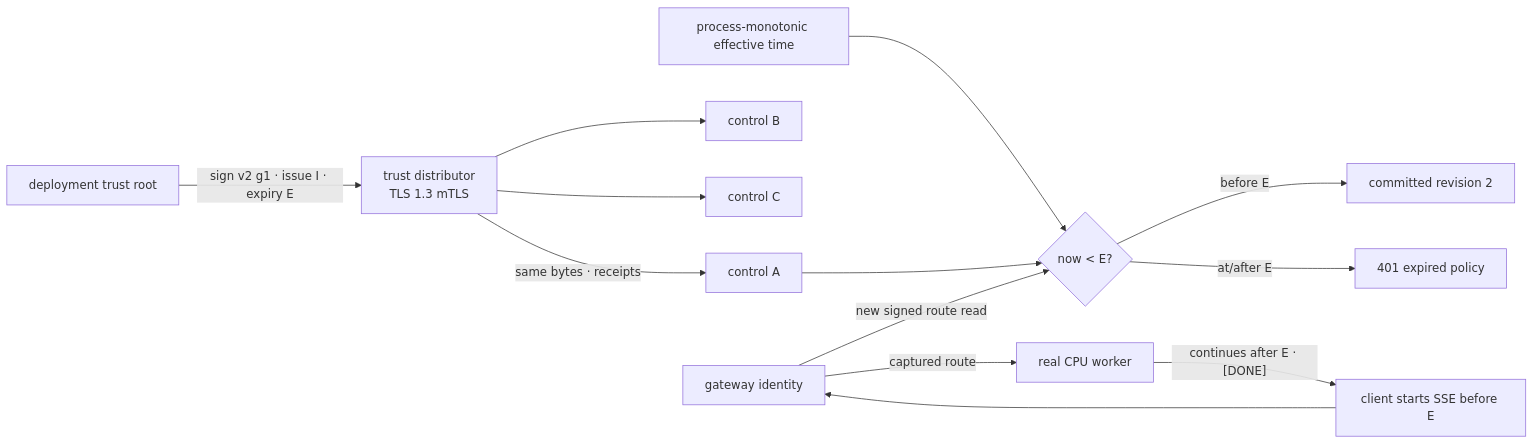
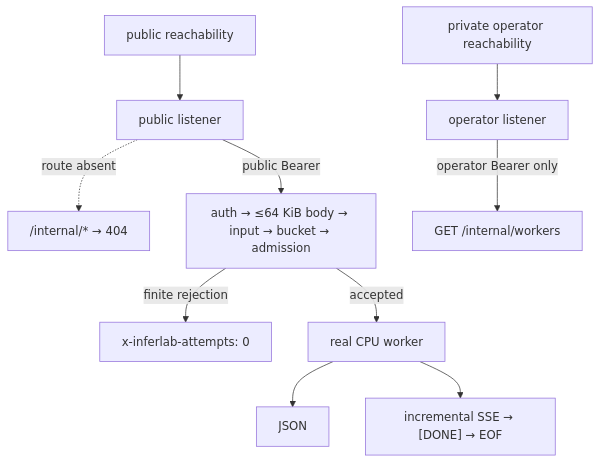
The diagram in README.md (conan505/inferLab), drawn with Mermaid before and after one commit. The commit also changed other lines of this file and 55 other files, not shown here.

````diff
--- a/README.md
+++ b/README.md
@@ -14,15 +14,12 @@
 ```mermaid
-flowchart LR
-    Root["deployment trust root"] -->|"sign v2 g1 · issue I · expiry E"| Dist["trust distributor<br/>TLS 1.3 mTLS"]
-    Dist -->|"same bytes · receipts"| A["control A"]
-    Dist --> B["control B"]
-    Dist --> C["control C"]
-    Clock["process-monotonic effective time"] --> Gate{"now < E?"}
-    A --> Gate
-    Gateway["gateway identity"] -->|"new signed route read"| Gate
-    Gate -->|"before E"| Config["committed revision 2"]
-    Gate -->|"at/after E"| Reject["401 expired policy"]
-    Client["client starts SSE before E"] --> Gateway
-    Gateway -->|"captured route"| Worker["real CPU worker"]
-    Worker -->|"continues after E · [DONE]"| Client
+flowchart TD
+    Public["public reachability"] --> PublicListener["public listener"]
+    Operator["private operator reachability"] --> OperatorListener["operator listener"]
+    PublicListener -. "route absent" .-> Hidden["/internal/* → 404"]
+    OperatorListener -->|"operator Bearer only"| Status["GET /internal/workers"]
+    PublicListener -->|"public Bearer"| Gate["auth → ≤64 KiB body → input → bucket → admission"]
+    Gate -->|"finite rejection"| Zero["x-inferlab-attempts: 0"]
+    Gate -->|"accepted"| Worker["real CPU worker"]
+    Worker --> Json["JSON"]
+    Worker --> Sse["incremental SSE → [DONE] → EOF"]
 ```
````
